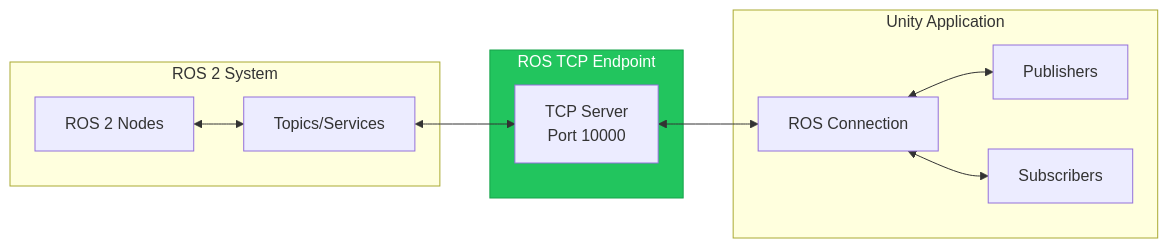
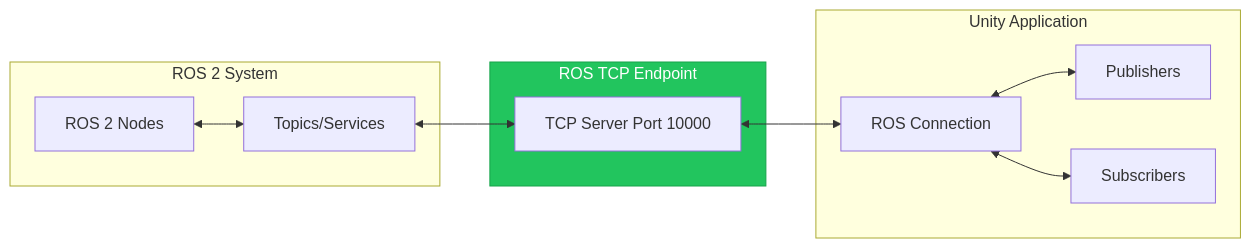
The fourth of 4 diagrams in docs/modules/module-2-digital-twin/chapter-08-unity.md (shakir-hussain1/physical-AI-and-humanoid-robotics-textbook-by-shakir-hussain), drawn with Mermaid before and after one commit. The commit also changed other lines of this file and 17 other files, not shown here.

Commit message:
fix: Remove br tags from Mermaid diagrams causing parse errors

````diff
--- a/docs/modules/module-2-digital-twin/chapter-08-unity.md
+++ b/docs/modules/module-2-digital-twin/chapter-08-unity.md
@@ -743,25 +743,25 @@
 ```mermaid
 flowchart LR
     subgraph ROS2["ROS 2 System"]
         ROSNODE[ROS 2 Nodes]
         ROSTOPIC[Topics/Services]
     end
 
     subgraph Bridge["ROS TCP Endpoint"]
-        TCP[TCP Server<br/>Port 10000]
+        TCP[TCP Server Port 10000]
     end
 
     subgraph Unity["Unity Application"]
         ROSCON[ROS Connection]
         PUB[Publishers]
         SUB[Subscribers]
     end
 
     ROSNODE <--> ROSTOPIC
     ROSTOPIC <--> TCP
     TCP <--> ROSCON
     ROSCON <--> PUB
     ROSCON <--> SUB
 
     style Bridge fill:#22c55e,stroke:#16a34a,color:#fff
 ```
````
